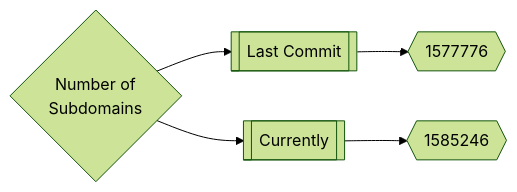
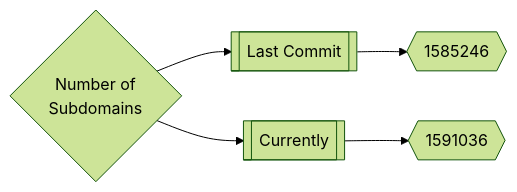
The first of 3 diagrams in README.md (trickest/inventory), drawn with Mermaid (forest theme) before and after one commit. The commit also changed other lines of this file, not shown here.

Commit message:
Update Tue Apr 26 14:05:56 UTC 2022

````diff
--- a/README.md
+++ b/README.md
@@ -165,5 +165,5 @@
 ```mermaid
 graph LR
-title{Number of<br>Subdomains} --> subdomainsDate1[[Last Commit]] --> subdomainsNum1{{1577776}}
-title --> subdomainsDate2[[Currently]] --> subdomainsNum2{{1585246}}
+title{Number of<br>Subdomains} --> subdomainsDate1[[Last Commit]] --> subdomainsNum1{{1585246}}
+title --> subdomainsDate2[[Currently]] --> subdomainsNum2{{1591036}}
 ```
````
